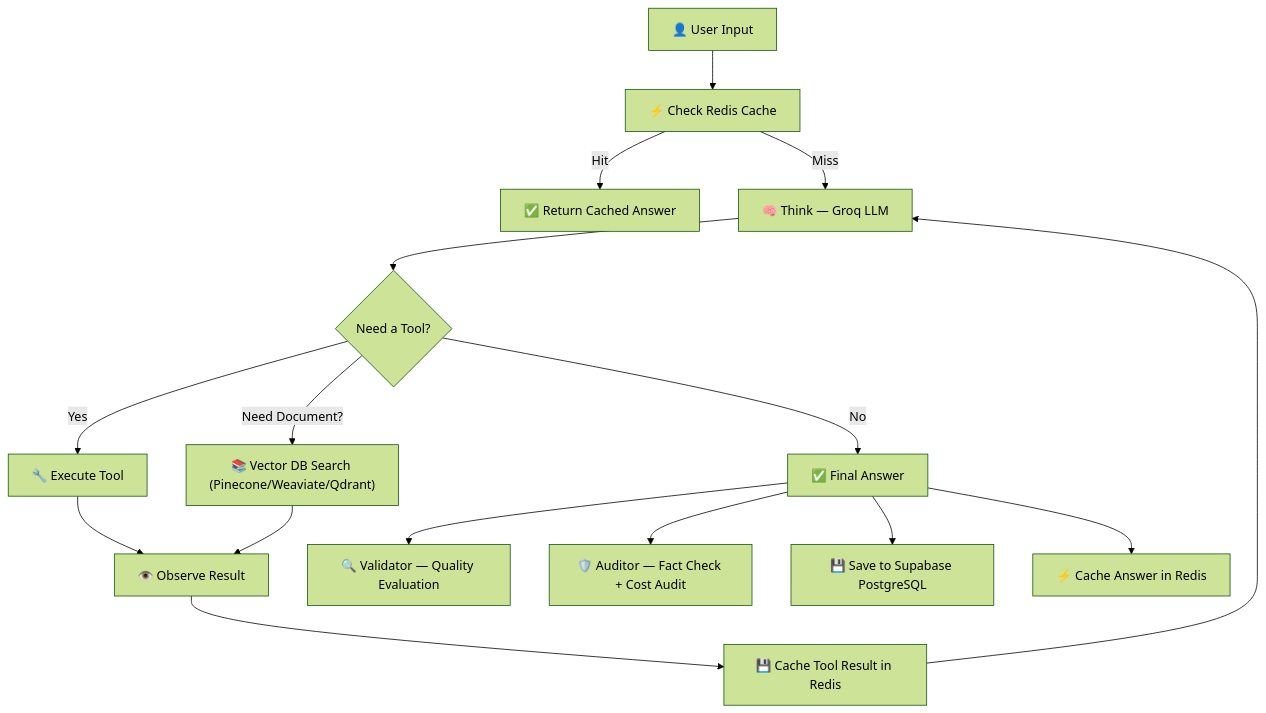
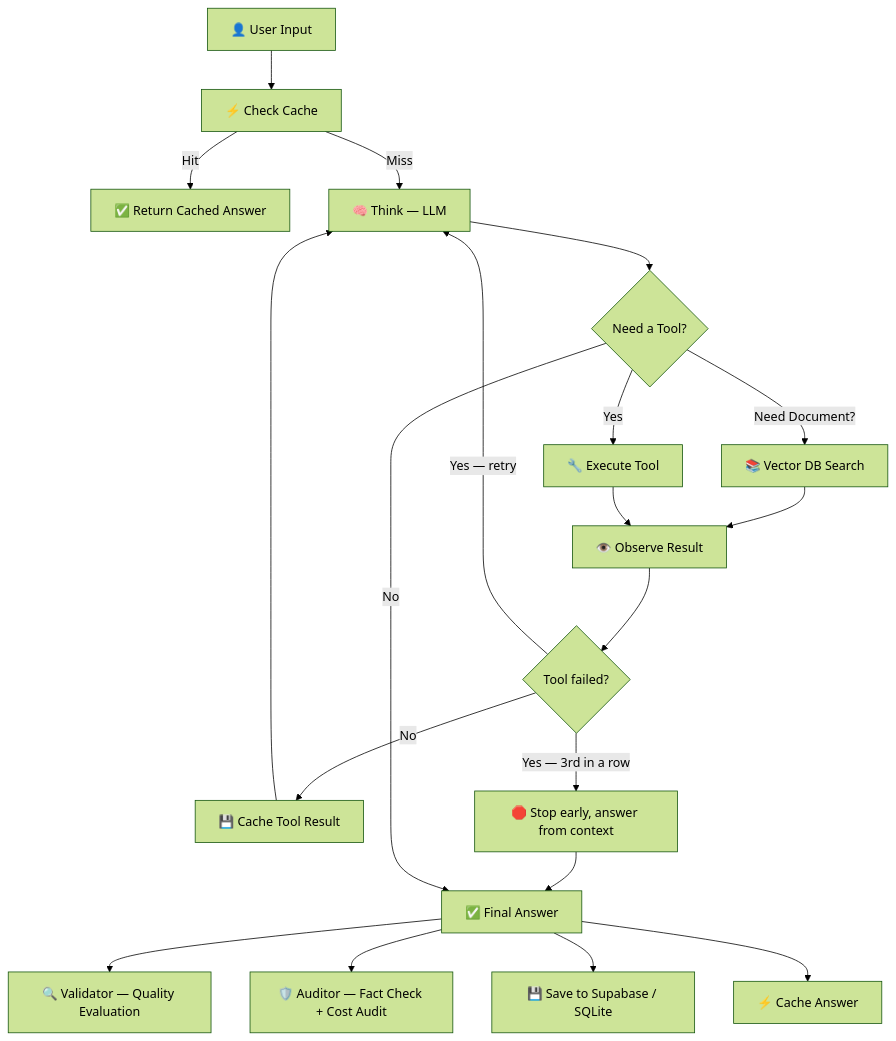
Before and after one commit to ranvirdeshmukh2004/My-AI-ReAct-Framework: the diagram in README.md, drawn with Mermaid (forest theme). The commit also changed other lines of this file and 1 other file, not shown here.

````diff
--- a/README.md
+++ b/README.md
@@ -31,18 +50,22 @@
 ```mermaid
 graph TD
-    A["👤 User Input"] --> B["⚡ Check Redis Cache"]
+    A["👤 User Input"] --> B["⚡ Check Cache"]
     B -->|Hit| Z["✅ Return Cached Answer"]
-    B -->|Miss| C["🧠 Think — Groq LLM"]
+    B -->|Miss| C["🧠 Think — LLM"]
     C --> D{"Need a Tool?"}
     D -->|Yes| E["🔧 Execute Tool"]
+    D -->|"Need Document?"| P["📚 Vector DB Search"]
+    P --> F
     E --> F["👁️ Observe Result"]
-    F --> G["💾 Cache Tool Result in Redis"]
+    F --> K{"Tool failed?"}
+    K -->|No| G["💾 Cache Tool Result"]
     G --> C
-    D -->|"Need Document?"| P["📚 Vector DB Search (Pinecone/Weaviate/Qdrant)"]
-    P --> F
+    K -->|"Yes — 3rd in a row"| S["🛑 Stop early, answer from context"]
+    K -->|"Yes — retry"| C
+    S --> H
     D -->|No| H["✅ Final Answer"]
     H --> V["🔍 Validator — Quality Evaluation"]
     H --> AU["🛡️ Auditor — Fact Check + Cost Audit"]
-    H --> I["💾 Save to Supabase PostgreSQL"]
-    H --> J["⚡ Cache Answer in Redis"]
+    H --> I["💾 Save to Supabase / SQLite"]
+    H --> J["⚡ Cache Answer"]
 ```
````
